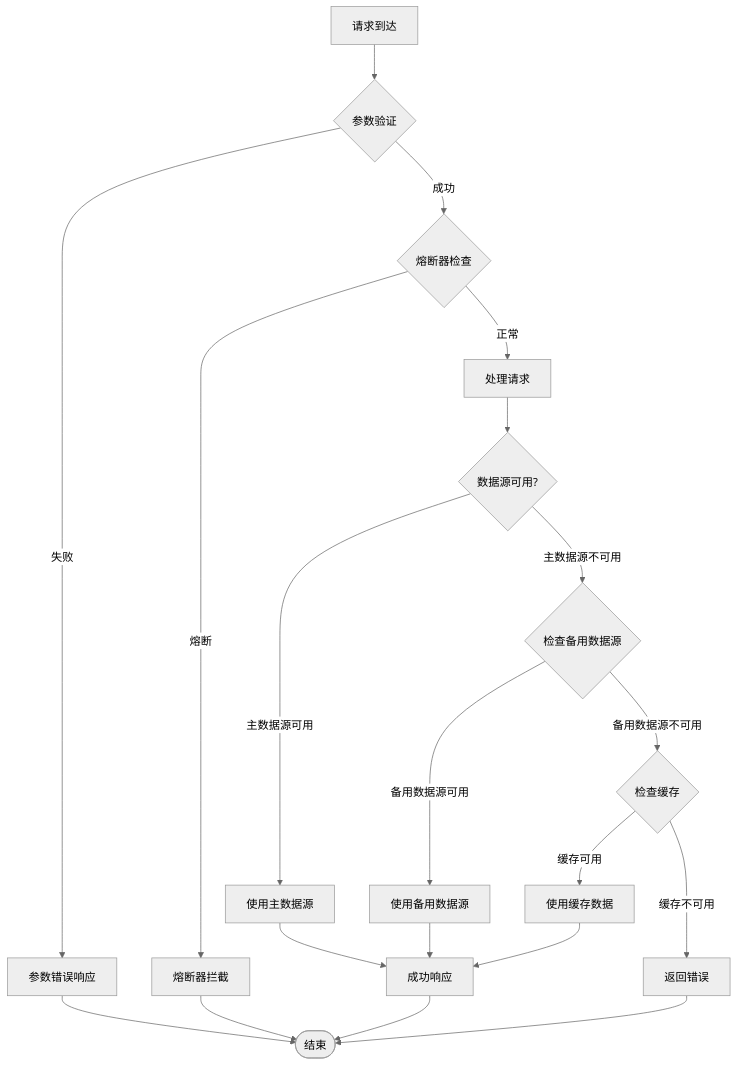
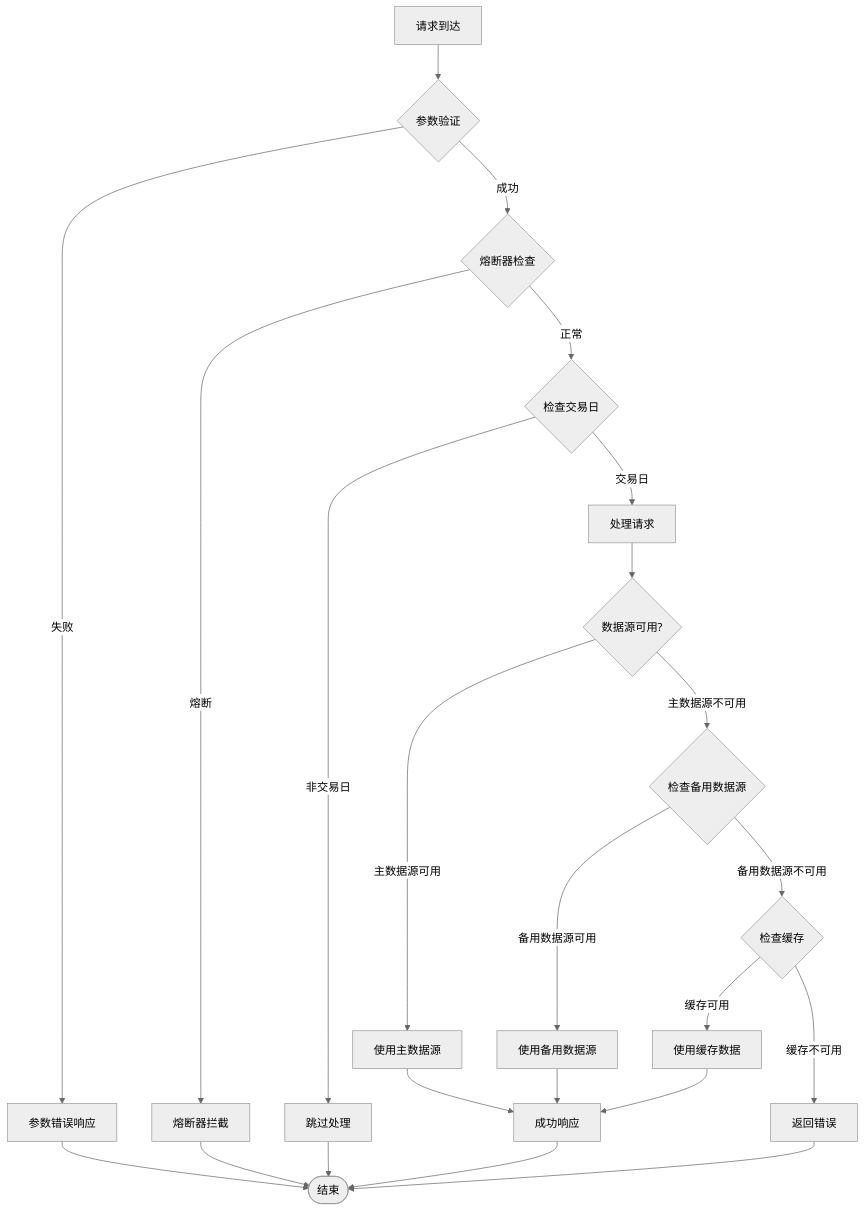
Diagram 22 of 23 in .qoder/repowiki/zh/content/核心功能开发/多源基金估值系统.md (gree-coder/fund-butler), drawn with Mermaid (neutral theme) before and after one commit. The commit also changed other lines of this file and 5 other files, not shown here.

````diff
--- a/.qoder/repowiki/zh/content/核心功能开发/多源基金估值系统.md
+++ b/.qoder/repowiki/zh/content/核心功能开发/多源基金估值系统.md
@@ -1079,22 +1192,25 @@
 ```mermaid
 flowchart TD
 Request[请求到达] --> Validate{参数验证}
 Validate --> |失败| ParamError[参数错误响应]
 Validate --> |成功| CheckCircuit{熔断器检查}
 CheckCircuit --> |熔断| CircuitBreak[熔断器拦截]
-CheckCircuit --> |正常| Process[处理请求]
+CheckCircuit --> |正常| CheckCalendar{检查交易日}
+CheckCalendar --> |非交易日| SkipProcessing[跳过处理]
+CheckCalendar --> |交易日| Process[处理请求]
 Process --> DataSource{数据源可用?}
 DataSource --> |主数据源可用| UsePrimary[使用主数据源]
 DataSource --> |主数据源不可用| CheckBackup{检查备用数据源}
 CheckBackup --> |备用数据源可用| UseBackup[使用备用数据源]
 CheckBackup --> |备用数据源不可用| CheckCache{检查缓存}
 CheckCache --> |缓存可用| UseCache[使用缓存数据]
 CheckCache --> |缓存不可用| ReturnError[返回错误]
 UsePrimary --> Success[成功响应]
 UseBackup --> Success
 UseCache --> Success
 ParamError --> End([结束])
 CircuitBreak --> End
 ReturnError --> End
+SkipProcessing --> End
 Success --> End
 ```
````
